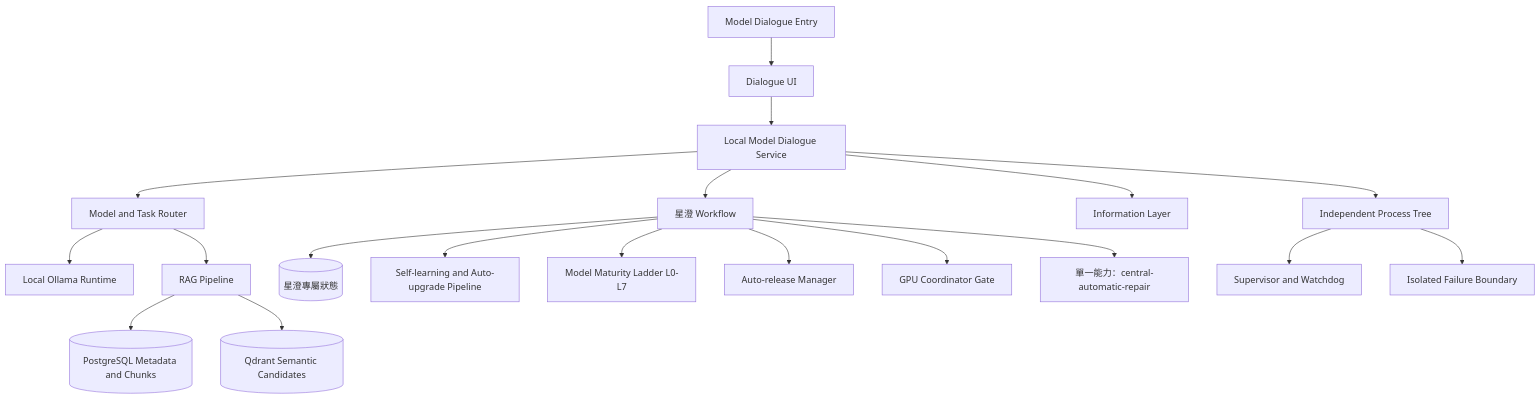
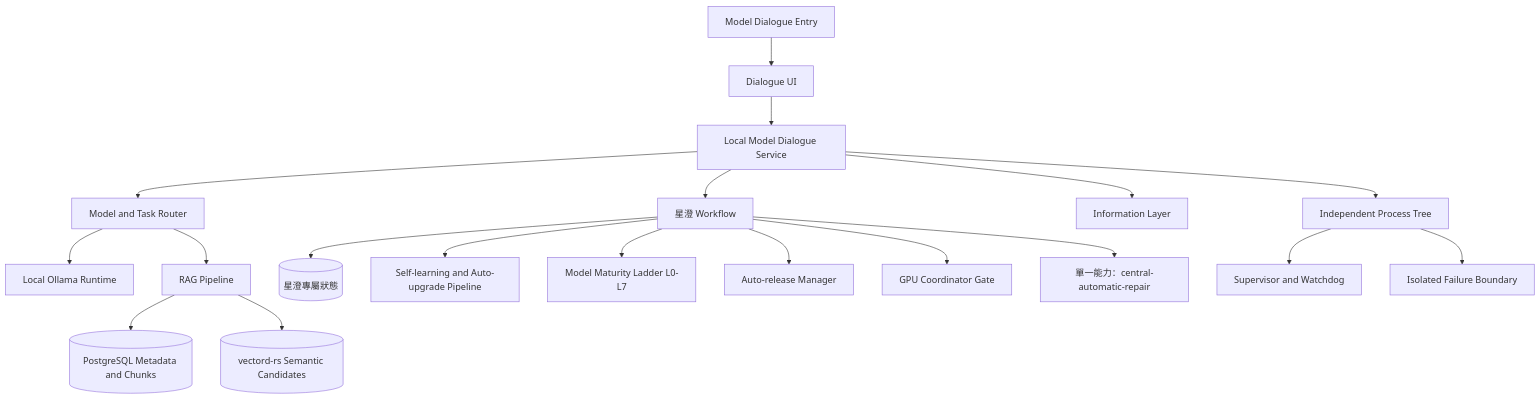
The first of 2 diagrams in governance_rule/codex/architecture-tool-local-model.md (guilty442-source/GPTBridge), drawn with Mermaid before and after one commit. The commit also changed other lines of this file, not shown here.

````diff
--- a/governance_rule/codex/architecture-tool-local-model.md
+++ b/governance_rule/codex/architecture-tool-local-model.md
@@ -3,21 +3,21 @@
 ```mermaid
 flowchart TB
   ENTRY[Model Dialogue Entry] --> UI[Dialogue UI]
   UI --> SERVICE[Local Model Dialogue Service]
   SERVICE --> ROUTER[Model and Task Router]
   ROUTER --> OLLAMA[Local Ollama Runtime]
   ROUTER --> RAG[RAG Pipeline]
   RAG --> PG[(PostgreSQL Metadata and Chunks)]
-  RAG --> QD[(Qdrant Semantic Candidates)]
+  RAG --> VD[(vectord-rs Semantic Candidates)]
   SERVICE --> XC[星澄 Workflow]
   XC --> PRIVATE[(星澄專屬狀態)]
   XC --> SL[Self-learning and Auto-upgrade Pipeline]
   XC --> MAT[Model Maturity Ladder L0-L7]
   XC --> REL[Auto-release Manager]
   XC --> GPU[GPU Coordinator Gate]
   XC --> REPAIR[單一能力：central-automatic-repair]
   SERVICE --> INFO[Information Layer]
   SERVICE --> PROC[Independent Process Tree]
   PROC --> SUP[Supervisor and Watchdog]
   PROC --> FAULT[Isolated Failure Boundary]
 ```
````
